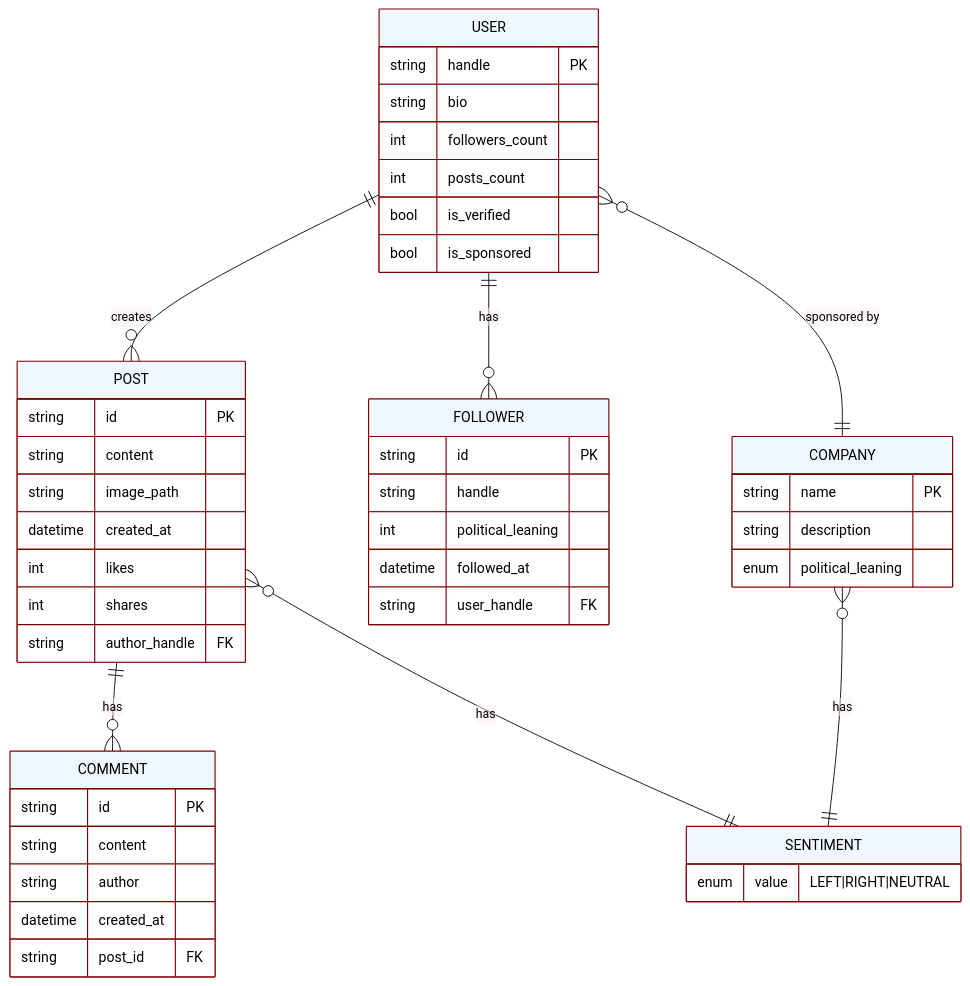
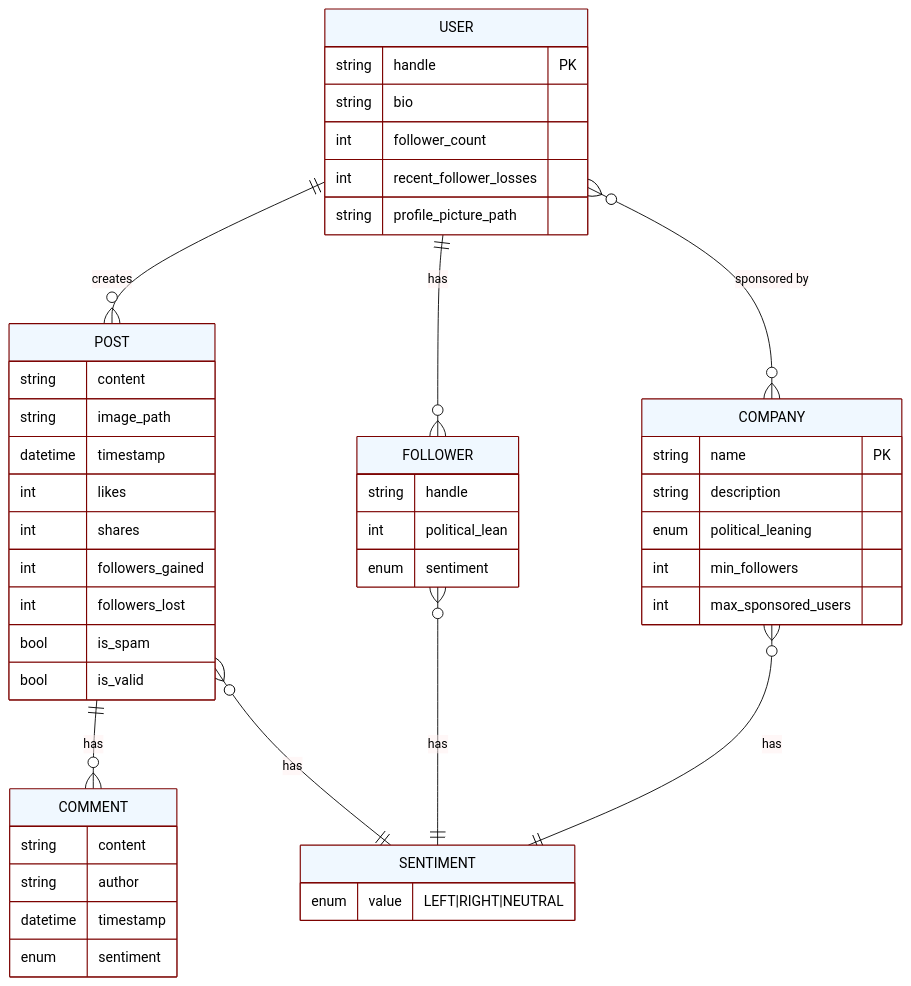
Before and after one commit to dylan-teehan-skc/Social-Media-Influencer-Simulator: the first of 2 diagrams in README.md, drawn with Mermaid. The commit also changed other lines of this file and 25 other files, not shown here.

````diff
--- a/README.md
+++ b/README.md
@@ -158,66 +23,67 @@
 ```mermaid
 %%{init: {
   'theme': 'base', 
   'themeVariables': { 
     'primaryColor': '#f0f8ff', 
     'primaryTextColor': '#000000', 
     'primaryBorderColor': '#7C0200', 
     'lineColor': '#000000', 
     'secondaryColor': '#f5f5f5', 
     'tertiaryColor': '#fff0f0',
     'background': '#e6f2ff'
   }
 }}%%
 erDiagram
     USER {
         string handle PK
         string bio
-        int followers_count
-        int posts_count
-        bool is_verified
-        bool is_sponsored
+        int follower_count
+        int recent_follower_losses
+        string profile_picture_path
     }
     
     POST {
-        string id PK
         string content
         string image_path
-        datetime created_at
+        datetime timestamp
         int likes
         int shares
-        string author_handle FK
+        int followers_gained
+        int followers_lost
+        bool is_spam
+        bool is_valid
     }
     
     COMMENT {
-        string id PK
         string content
         string author
-        datetime created_at
-        string post_id FK
+        datetime timestamp
+        enum sentiment
     }
     
     FOLLOWER {
-        string id PK
         string handle
-        int political_leaning
-        datetime followed_at
-        string user_handle FK
+        int political_lean
+        enum sentiment
     }
     
     COMPANY {
         string name PK
         string description
         enum political_leaning
+        int min_followers
+        int max_sponsored_users
     }
     
     SENTIMENT {
         enum value "LEFT|RIGHT|NEUTRAL"
     }
     
     USER ||--o{ POST : "creates"
     USER ||--o{ FOLLOWER : "has"
-    USER }o--|| COMPANY : "sponsored by"
+    USER }o--o{ COMPANY : "sponsored by"
     POST ||--o{ COMMENT : "has"
     POST }o--|| SENTIMENT : "has"
+    FOLLOWER }o--|| SENTIMENT : "has"
     COMPANY }o--|| SENTIMENT : "has"
 ```
````
